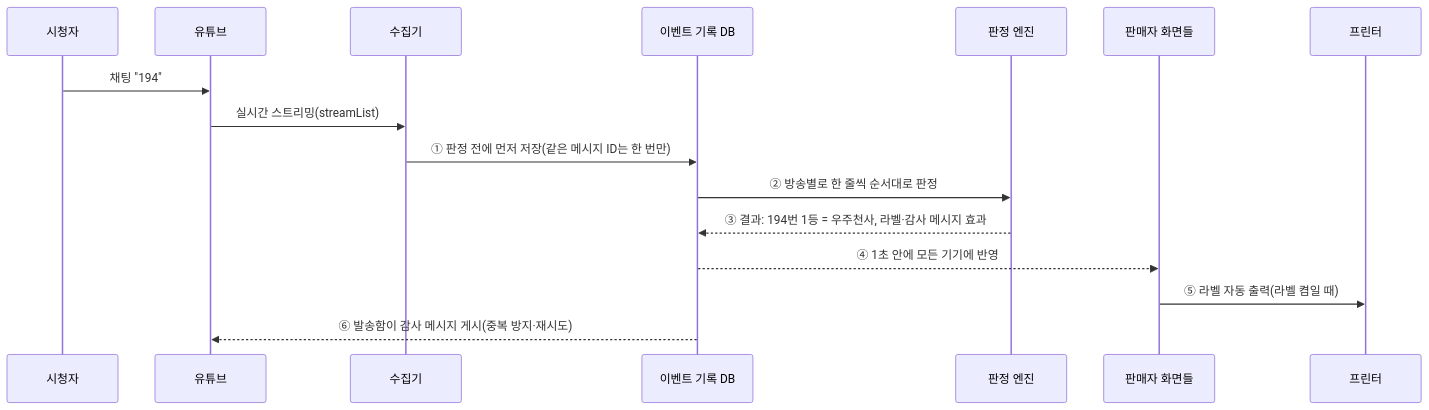
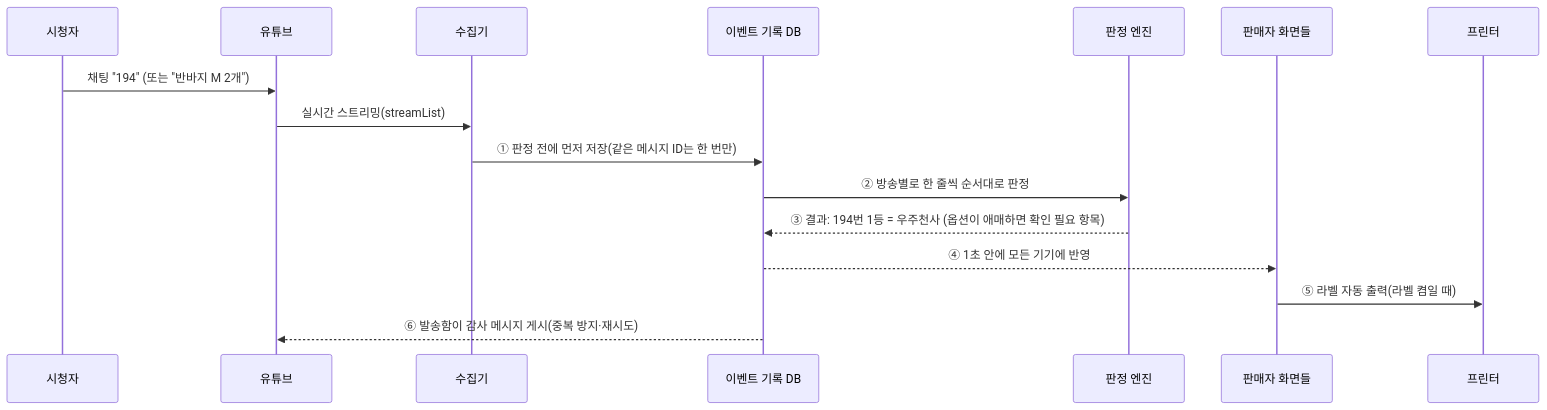
One commit to rlaehddus302/linve-genie changed the fifth of 11 diagrams in docs/PLANNING.md. Above: the diagram before and after it, drawn with Mermaid. The commit also changed other lines of this file and 3 other files, not shown here.

````diff
--- a/docs/PLANNING.md
+++ b/docs/PLANNING.md
@@ -390,18 +463,18 @@
 ```mermaid
 sequenceDiagram
     participant 시청자
     participant 유튜브
     participant 수집기
     participant 기록 as 이벤트 기록 DB
     participant 엔진 as 판정 엔진
     participant 화면 as 판매자 화면들
     participant 프린터
-    시청자->>유튜브: 채팅 "194"
+    시청자->>유튜브: 채팅 "194" (또는 "반바지 M 2개")
     유튜브->>수집기: 실시간 스트리밍(streamList)
     수집기->>기록: ① 판정 전에 먼저 저장(같은 메시지 ID는 한 번만)
     기록->>엔진: ② 방송별로 한 줄씩 순서대로 판정
-    엔진-->>기록: ③ 결과: 194번 1등 = 우주천사, 라벨·감사 메시지 효과
+    엔진-->>기록: ③ 결과: 194번 1등 = 우주천사 (옵션이 애매하면 확인 필요 항목)
     기록-->>화면: ④ 1초 안에 모든 기기에 반영
     화면->>프린터: ⑤ 라벨 자동 출력(라벨 켬일 때)
     기록-->>유튜브: ⑥ 발송함이 감사 메시지 게시(중복 방지·재시도)
 ```
````
